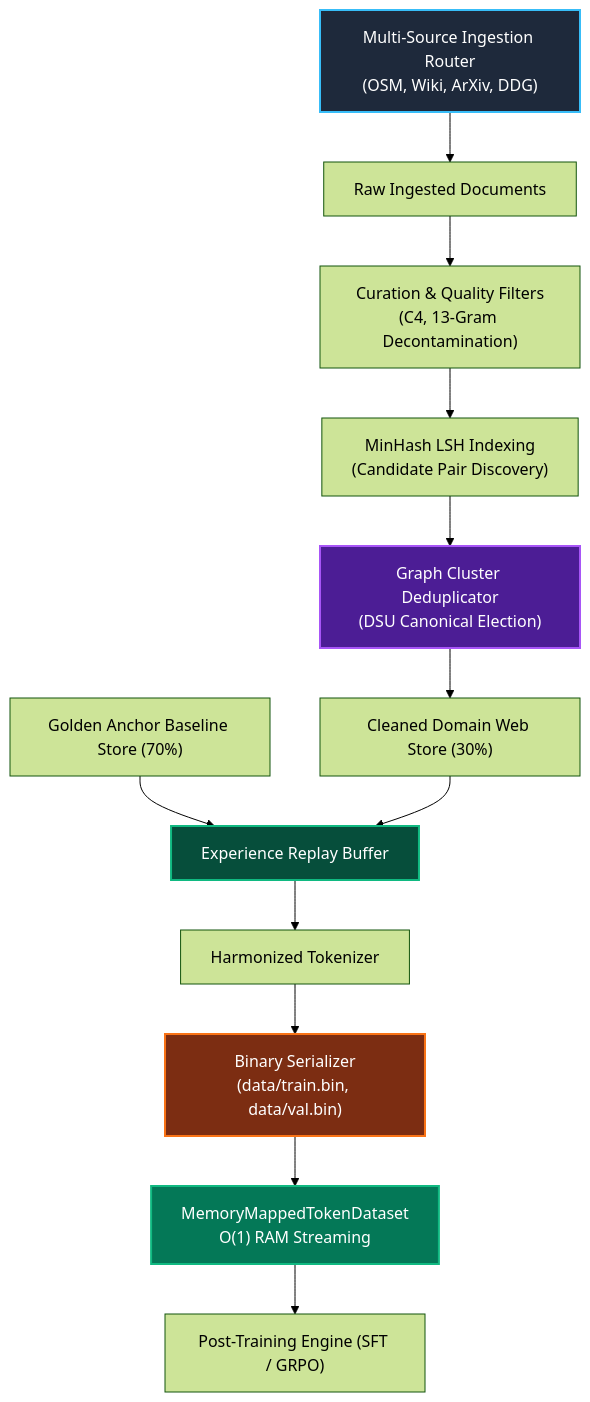
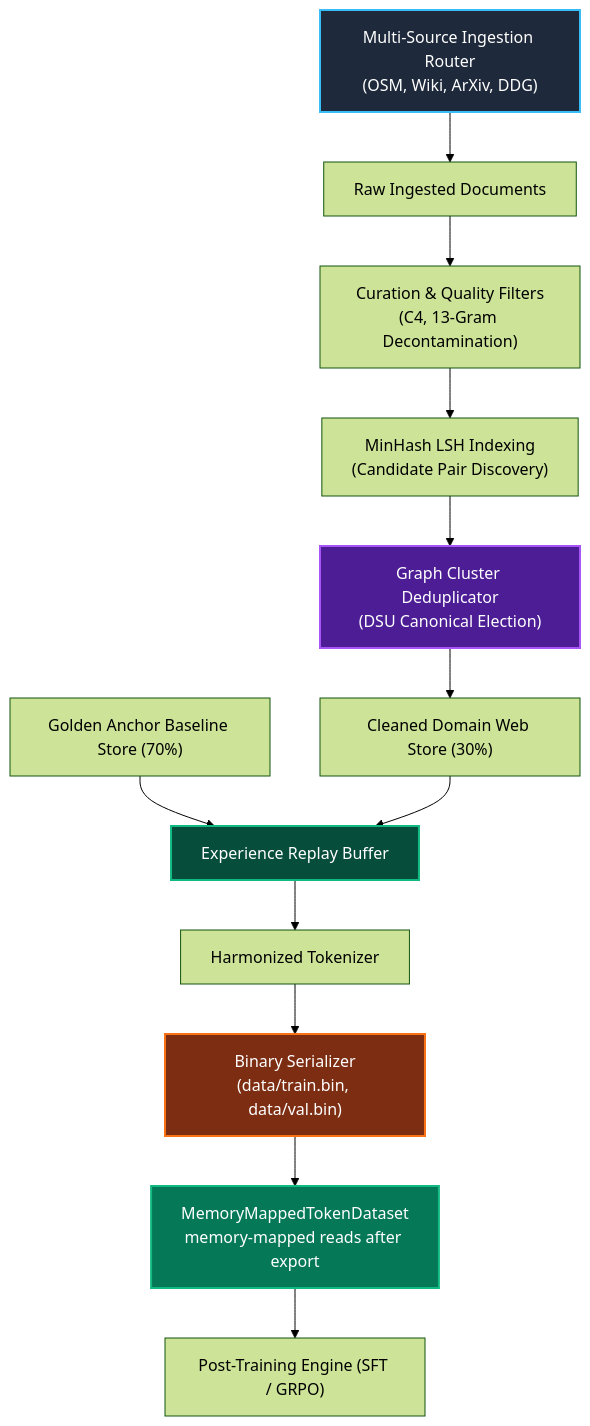
One commit to jayeshpandey01/RLHF changed the fifth of 32 diagrams in docs/research.md. Above: the diagram before and after it, drawn with Mermaid (forest theme). The commit also changed other lines of this file and 63 other files, not shown here.

````diff
--- a/docs/research.md
+++ b/docs/research.md
@@ -628,22 +618,22 @@
 ```mermaid
 flowchart TD
     Router["Multi-Source Ingestion Router<br/>(OSM, Wiki, ArXiv, DDG)"] --> RawDocs["Raw Ingested Documents"]
     RawDocs --> Curation["Curation & Quality Filters<br/>(C4, 13-Gram Decontamination)"]
     Curation --> LSH["MinHash LSH Indexing<br/>(Candidate Pair Discovery)"]
     LSH --> Cluster["Graph Cluster Deduplicator<br/>(DSU Canonical Election)"]
     
     Cluster --> WebStore["Cleaned Domain Web Store (30%)"]
     AnchorStore["Golden Anchor Baseline Store (70%)"] --> Replay["Experience Replay Buffer"]
     WebStore --> Replay
     
     Replay --> Tokenizer["Harmonized Tokenizer"]
     Tokenizer --> BinaryExport["Binary Serializer<br/>(data/train.bin, data/val.bin)"]
-    BinaryExport --> MemMap["MemoryMappedTokenDataset<br/>O(1) RAM Streaming"]
+    BinaryExport --> MemMap["MemoryMappedTokenDataset<br/>memory-mapped reads after export"]
     MemMap --> Training["Post-Training Engine (SFT / GRPO)"]
 
     style Router fill:#1e293b,stroke:#38bdf8,stroke-width:2px,color:#fff
     style Cluster fill:#4c1d95,stroke:#a855f7,stroke-width:2px,color:#fff
     style Replay fill:#064e3b,stroke:#10b981,stroke-width:2px,color:#fff
     style BinaryExport fill:#7c2d12,stroke:#f97316,stroke-width:2px,color:#fff
     style MemMap fill:#047857,stroke:#10b981,stroke-width:2px,color:#fff
 ```
````
